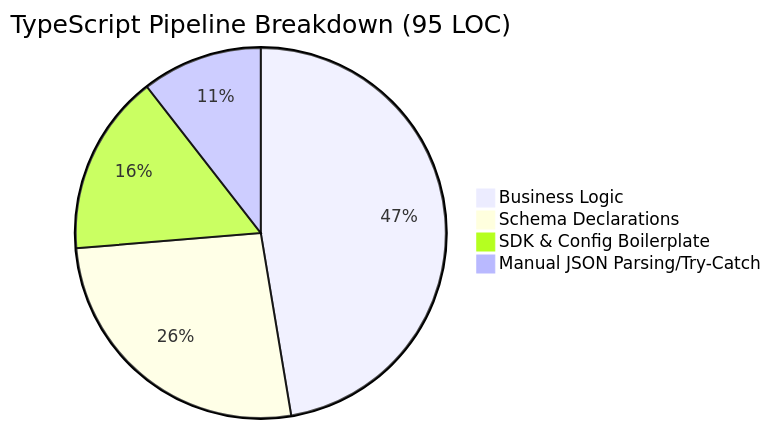
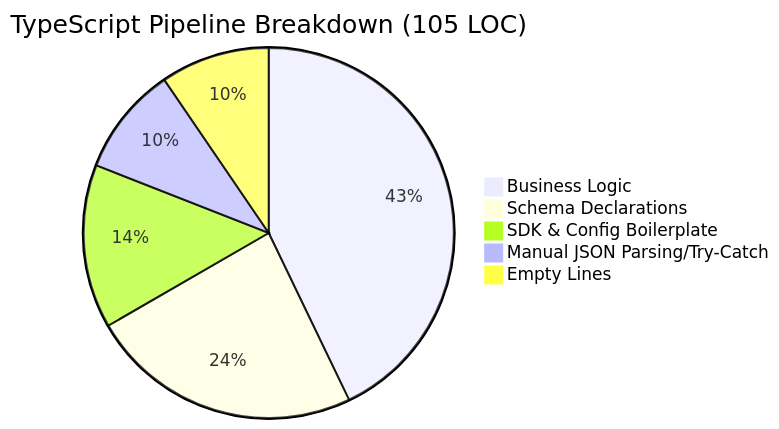
One commit to Misterscan/Sesi changed the second of 3 diagrams in docs/COMPARISON.md. Above: the diagram before and after it, drawn with Mermaid. The commit also changed other lines of this file and 50 other files, not shown here.

````diff
--- a/docs/COMPARISON.md
+++ b/docs/COMPARISON.md
@@ -25,7 +25,8 @@
 ```mermaid
-pie title TypeScript Pipeline Breakdown (95 LOC)
+pie title TypeScript Pipeline Breakdown (105 LOC)
     "Business Logic" : 45
     "Schema Declarations" : 25
     "SDK & Config Boilerplate" : 15
     "Manual JSON Parsing/Try-Catch" : 10
+    "Empty Lines" : 10
 ```
````
